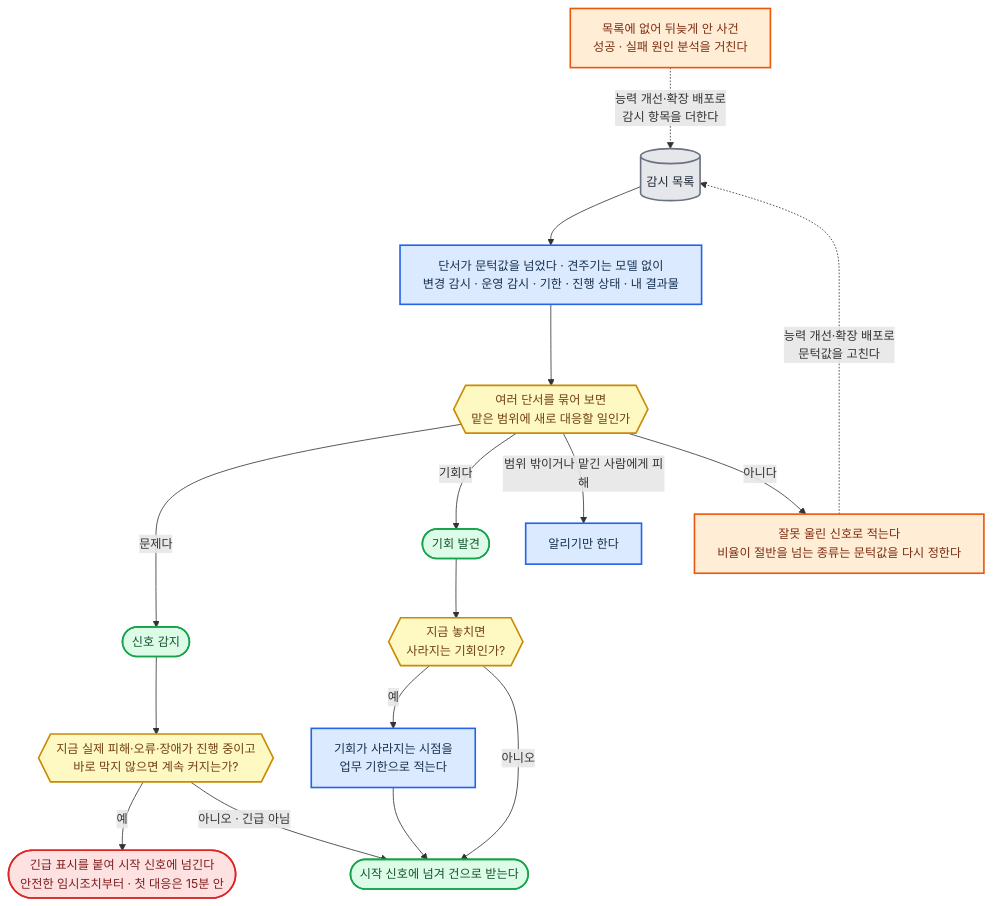
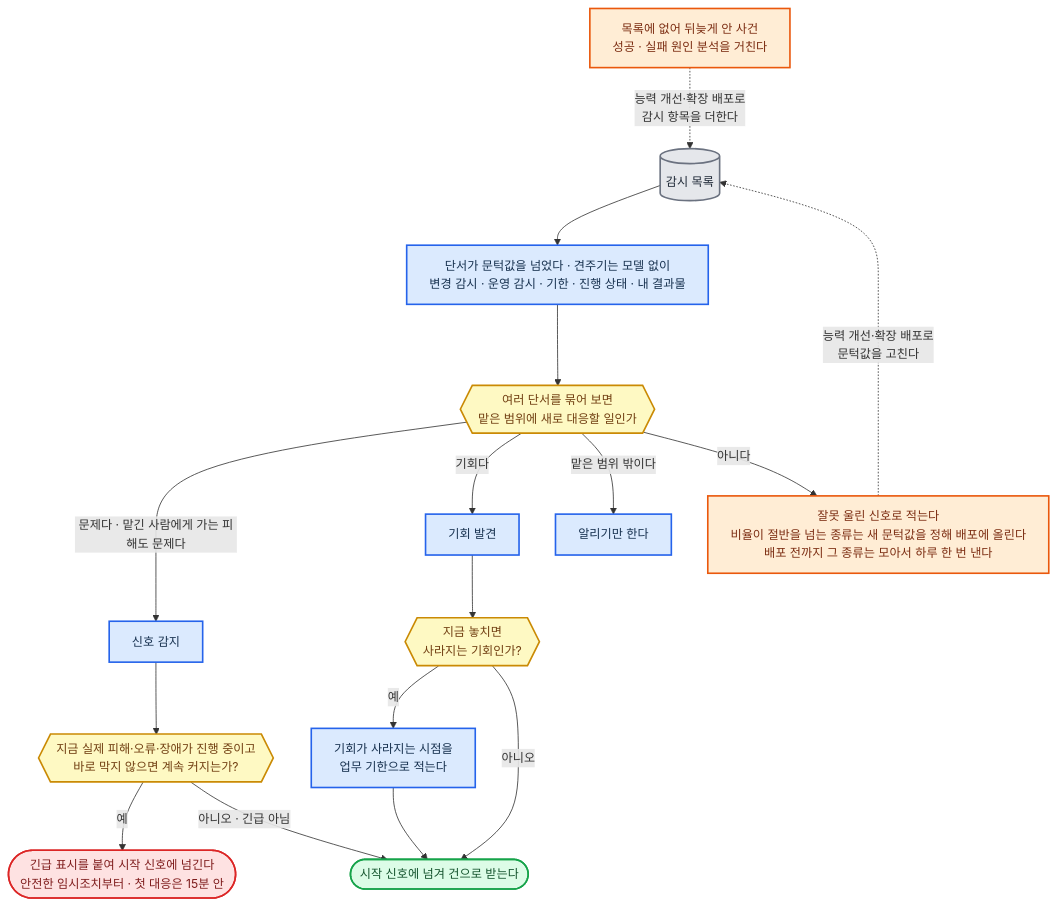
One commit to harisbaguette/expert changed diagram 14 of 26 in 전문가 에이전트 정의 2.md. Above: the diagram before and after it, drawn with Mermaid. The commit also changed other lines of this file and 7 other files, not shown here.

````diff
--- a/전문가 에이전트 정의 2.md
+++ b/전문가 에이전트 정의 2.md
@@ -1495,21 +1681,21 @@
 ```mermaid
 %%{init: {"flowchart": {"wrappingWidth": 640, "curve": "basis", "nodeSpacing": 45, "rankSpacing": 55, "padding": 14, "useMaxWidth": true}, "themeVariables": {"fontSize": "15px"}} }%%
 flowchart TB
     W[("감시 목록")]:::store --> CUE["단서가 문턱값을 넘었다 · 견주기는 모델 없이<br/>변경 감시 · 운영 감시 · 기한 · 진행 상태 · 내 결과물"]:::main --> Q{{"여러 단서를 묶어 보면<br/>맡은 범위에 새로 대응할 일인가"}}:::note
-    Q -- "문제다" --> SIGNAL(["신호 감지"]):::good --> HARM{{"지금 실제 피해·오류·장애가 진행 중이고<br/>바로 막지 않으면 계속 커지는가?"}}:::note
-    Q -- "기회다" --> CHANCE(["기회 발견"]):::good --> OPPORTUNITY{{"지금 놓치면<br/>사라지는 기회인가?"}}:::note
+    Q -- "문제다 · 맡긴 사람에게 가는 피해도 문제다" --> SIGNAL["신호 감지"]:::main --> HARM{{"지금 실제 피해·오류·장애가 진행 중이고<br/>바로 막지 않으면 계속 커지는가?"}}:::note
+    Q -- "기회다" --> CHANCE["기회 발견"]:::main --> OPPORTUNITY{{"지금 놓치면<br/>사라지는 기회인가?"}}:::note
     HARM -- "예" --> URGENT(["긴급 표시를 붙여 시작 신호에 넘긴다<br/>안전한 임시조치부터 · 첫 대응은 15분 안"]):::stop
     HARM -- "아니오 · 긴급 아님" --> CASE(["시작 신호에 넘겨 건으로 받는다"]):::good
     OPPORTUNITY -- "예" --> DEADLINE["기회가 사라지는 시점을<br/>업무 기한으로 적는다"]:::main --> CASE
     OPPORTUNITY -- "아니오" --> CASE
-    Q -- "범위 밖이거나 맡긴 사람에게 피해" --> TELL["알리기만 한다"]:::main
-    Q -- "아니다" --> FALSE["잘못 울린 신호로 적는다<br/>비율이 절반을 넘는 종류는 문턱값을 다시 정한다"]:::back
+    Q -- "맡은 범위 밖이다" --> TELL["알리기만 한다"]:::main
+    Q -- "아니다" --> FALSE["잘못 울린 신호로 적는다<br/>비율이 절반을 넘는 종류는 새 문턱값을 정해 배포에 올린다<br/>배포 전까지 그 종류는 모아서 하루 한 번 낸다"]:::back
     FALSE -. "능력 개선·확장 배포로<br/>문턱값을 고친다" .-> W
     MISS["목록에 없어 뒤늦게 안 사건<br/>성공 · 실패 원인 분석을 거친다"]:::back -. "능력 개선·확장 배포로<br/>감시 항목을 더한다" .-> W
     classDef main fill:#dbeafe,stroke:#2563eb,stroke-width:2px,color:#17314f
     classDef back fill:#ffedd5,stroke:#ea580c,stroke-width:2px,color:#7c2d12
     classDef store fill:#e5e7eb,stroke:#6b7280,stroke-width:2px,color:#1f2937
     classDef good fill:#dcfce7,stroke:#16a34a,stroke-width:2px,color:#14532d
     classDef note fill:#fef9c3,stroke:#ca8a04,stroke-width:2px,color:#713f12
     classDef stop fill:#fee2e2,stroke:#dc2626,stroke-width:2px,color:#7f1d1d
 ```
````
